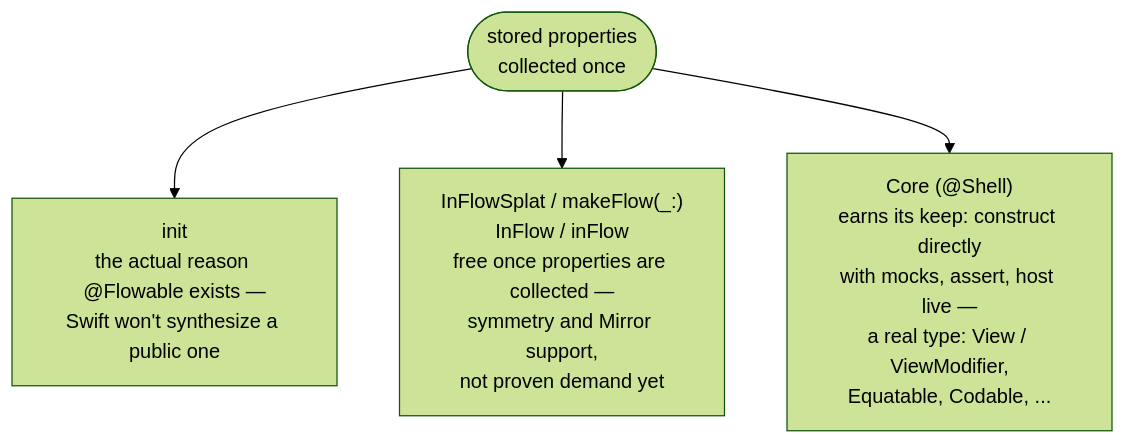
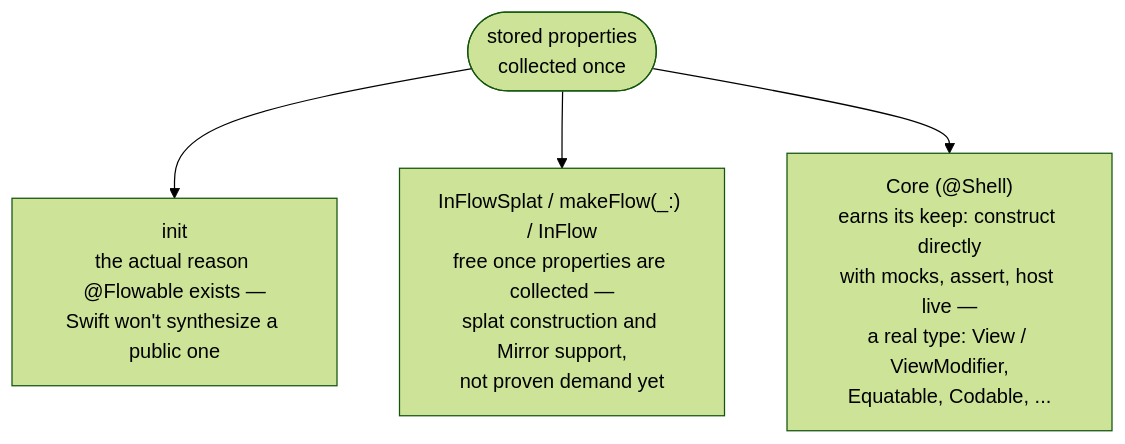
One commit to sisoje/swift-core-flow changed the third of 3 diagrams in README.md. Above: the diagram before and after it, drawn with Mermaid (forest theme). The commit also changed other lines of this file and 27 other files, not shown here.

````diff
--- a/README.md
+++ b/README.md
@@ -727,7 +682,7 @@
 ```mermaid
 flowchart TD
     props(["stored properties<br/>collected once"])
     props --> init["init<br/>the actual reason @Flowable exists —<br/>Swift won't synthesize a public one"]
-    props --> flow["InFlowSplat / makeFlow(_:)<br/>InFlow / inFlow<br/>free once properties are collected —<br/>symmetry and Mirror support,<br/>not proven demand yet"]
+    props --> flow["InFlowSplat / makeFlow(_:) / InFlow<br/>free once properties are collected —<br/>splat construction and Mirror support,<br/>not proven demand yet"]
     props --> node["Core (@Shell)<br/>earns its keep: construct directly<br/>with mocks, assert, host live —<br/>a real type: View / ViewModifier,<br/>Equatable, Codable, ..."]
 ```
````
